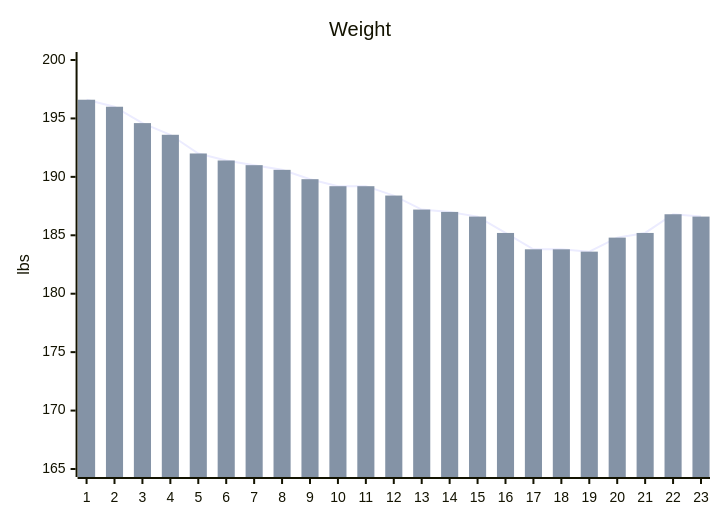
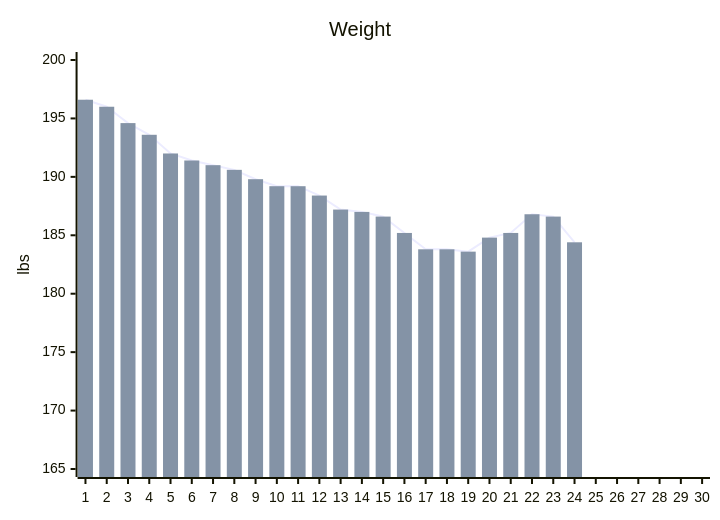
One commit to stevenelson35/stevenelson35.github.io changed the diagram in all_collections/_personal/goals.md. Above: the diagram before and after it, drawn with Mermaid. The commit also changed other lines of this file, not shown here.

```diff
--- a/all_collections/_personal/goals.md
+++ b/all_collections/_personal/goals.md
@@ -11,8 +11,8 @@
 <pre class="mermaid" >
   xychart-beta
     title "Weight" 
-    x-axis [1, 2, 3, 4, 5, 6, 7, 8, 9, 10, 11, 12, 13, 14, 15, 16, 17, 18, 19, 20, 21, 22, 23] 
+    x-axis [1, 2, 3, 4, 5, 6, 7, 8, 9, 10, 11, 12, 13, 14, 15, 16, 17, 18, 19, 20, 21, 22, 23, 24, 25, 26, 27, 28, 29, 30] 
     y-axis "lbs" 165 --> 200
-    line [196.6, 196.0, 194.6, 193.6, 192.0, 191.4, 191.0, 190.6, 189.8, 189.2, 189.2, 188.4, 187.2, 187.0, 186.6, 185.2, 183.8, 183.8, 183.6, 184.8, 185.2, 186.8, 186.6]
-    bar [196.6, 196.0, 194.6, 193.6, 192.0, 191.4, 191.0, 190.6, 189.8, 189.2, 189.2, 188.4, 187.2, 187.0, 186.6, 185.2, 183.8, 183.8, 183.6, 184.8, 185.2, 186.8, 186.6]
+    line [196.6, 196.0, 194.6, 193.6, 192.0, 191.4, 191.0, 190.6, 189.8, 189.2, 189.2, 188.4, 187.2, 187.0, 186.6, 185.2, 183.8, 183.8, 183.6, 184.8, 185.2, 186.8, 186.6, 184.4]
+    bar [196.6, 196.0, 194.6, 193.6, 192.0, 191.4, 191.0, 190.6, 189.8, 189.2, 189.2, 188.4, 187.2, 187.0, 186.6, 185.2, 183.8, 183.8, 183.6, 184.8, 185.2, 186.8, 186.6, 184.4]
 </pre>
```
